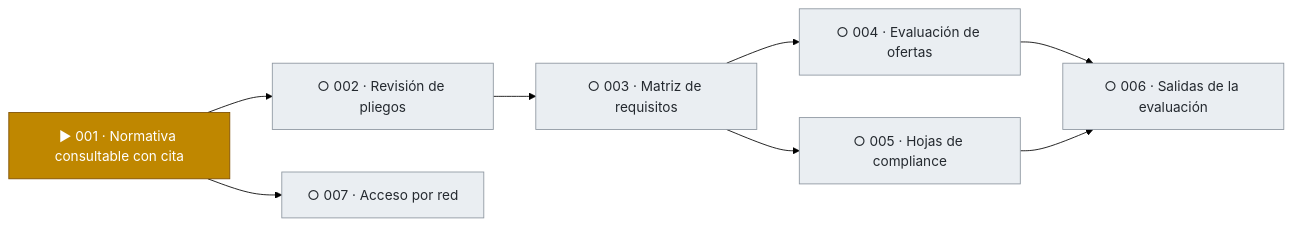
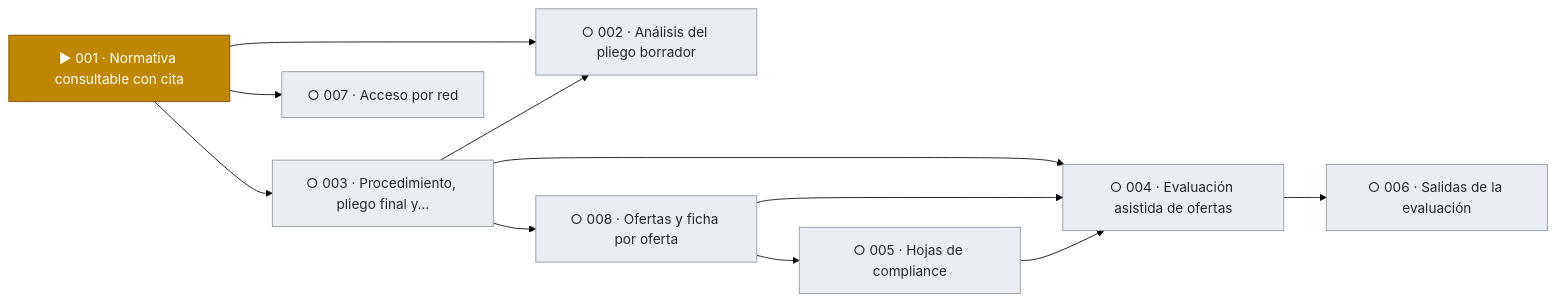
Before and after one commit to snavello/EVALUON: the first of 3 diagrams in docs/tablero.md, drawn with Mermaid (forest theme). The commit also changed other lines of this file and 4 other files, not shown here.

````diff
--- a/docs/tablero.md
+++ b/docs/tablero.md
@@ -9,22 +9,26 @@
 ```mermaid
 flowchart LR
   F001["▶ 001 · Normativa consultable con cita"]:::active
-  F002["○ 002 · Revisión de pliegos"]:::todo
-  F003["○ 003 · Matriz de requisitos"]:::todo
-  F004["○ 004 · Evaluación de ofertas"]:::todo
+  F002["○ 002 · Análisis del pliego borrador"]:::todo
+  F003["○ 003 · Procedimiento, pliego final y…"]:::todo
+  F004["○ 004 · Evaluación asistida de ofertas"]:::todo
   F005["○ 005 · Hojas de compliance"]:::todo
   F006["○ 006 · Salidas de la evaluación"]:::todo
   F007["○ 007 · Acceso por red"]:::todo
+  F008["○ 008 · Ofertas y ficha por oferta"]:::todo
   F001 --> F002
-  F002 --> F003
+  F003 --> F002
+  F001 --> F003
   F003 --> F004
-  F003 --> F005
+  F008 --> F004
+  F005 --> F004
+  F008 --> F005
   F004 --> F006
-  F005 --> F006
   F001 --> F007
+  F003 --> F008
   classDef done fill:#1a7f37,stroke:#116329,color:#ffffff
   classDef review fill:#0969da,stroke:#0550ae,color:#ffffff
   classDef active fill:#bf8700,stroke:#7d4e00,color:#ffffff
   classDef blocked fill:#cf222e,stroke:#a40e26,color:#ffffff
   classDef todo fill:#eaeef2,stroke:#8c959f,color:#24292f
 ```
````
